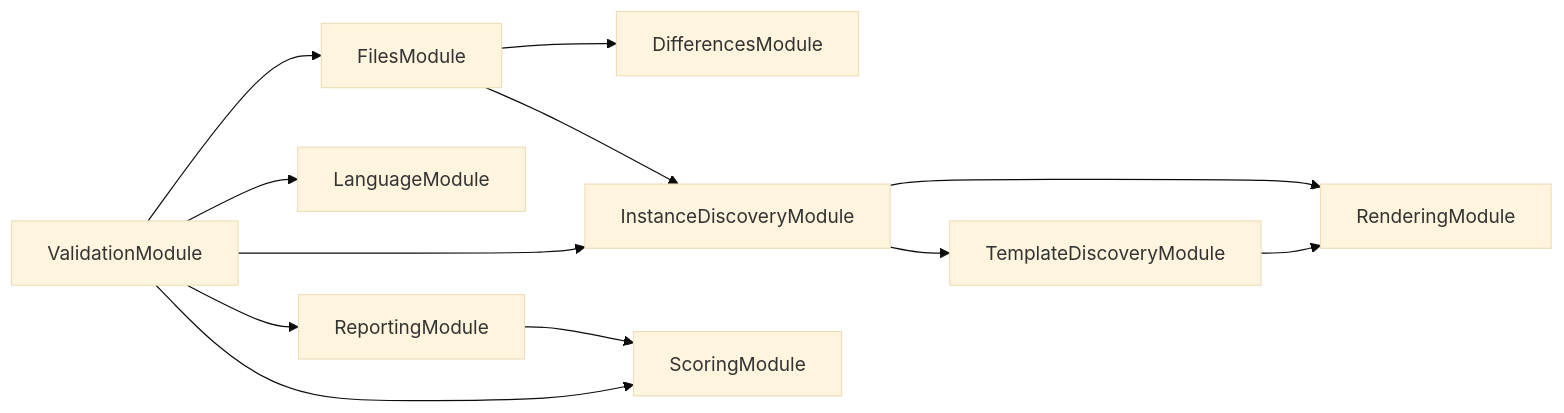
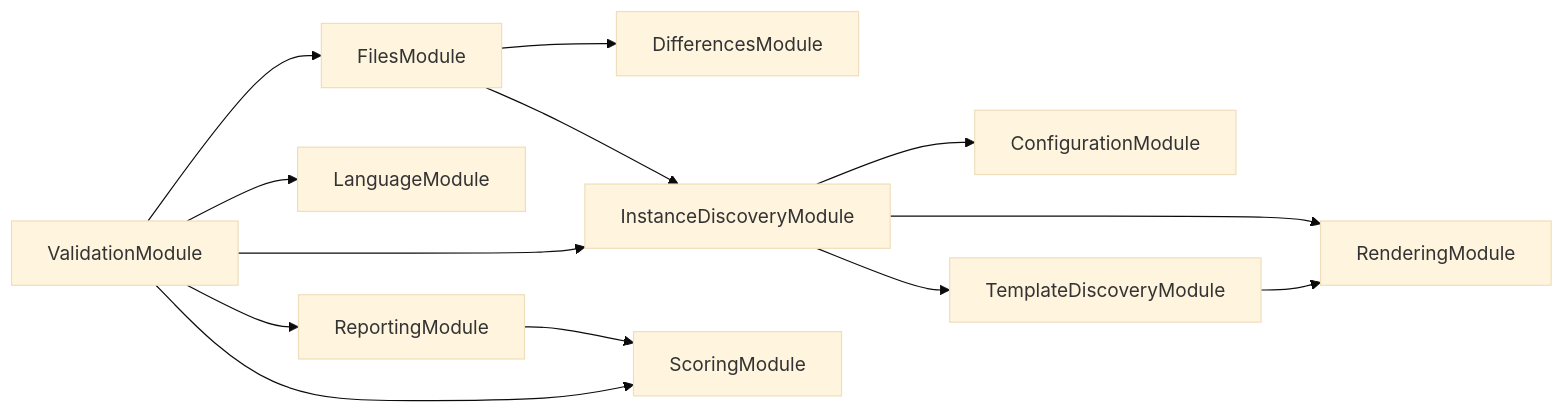
Before and after one commit to JimmyPaolini/codebase: the second of 3 diagrams in packages/conformetry-validation/README.md, drawn with Mermaid (base theme). The commit also changed 15 other files, not shown here.

````diff
--- a/packages/conformetry-validation/README.md
+++ b/packages/conformetry-validation/README.md
@@ -204,23 +204,25 @@
 ```mermaid
 flowchart LR
+  ConfigurationModule
   DifferencesModule
   FilesModule
   InstanceDiscoveryModule
   LanguageModule
   RenderingModule
   ReportingModule
   ScoringModule
   TemplateDiscoveryModule
   ValidationModule
   FilesModule --> DifferencesModule
   FilesModule --> InstanceDiscoveryModule
+  InstanceDiscoveryModule --> ConfigurationModule
   InstanceDiscoveryModule --> RenderingModule
   InstanceDiscoveryModule --> TemplateDiscoveryModule
   ReportingModule --> ScoringModule
   TemplateDiscoveryModule --> RenderingModule
   ValidationModule --> FilesModule
   ValidationModule --> InstanceDiscoveryModule
   ValidationModule --> LanguageModule
   ValidationModule --> ReportingModule
   ValidationModule --> ScoringModule
 ```
````
